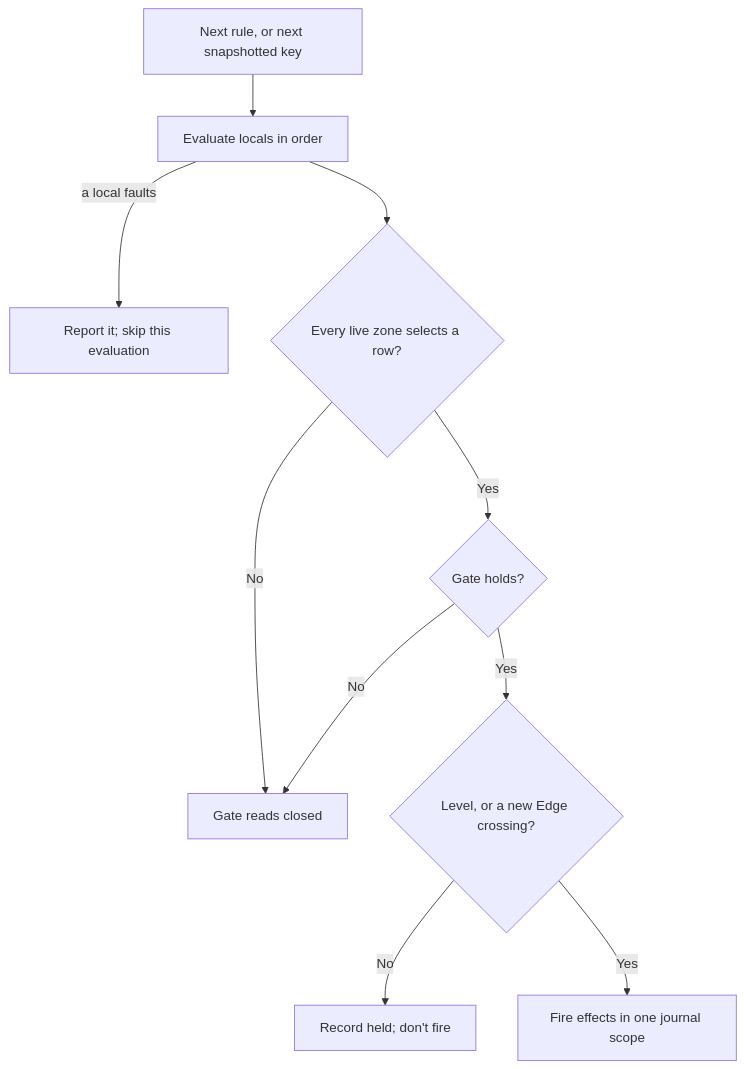
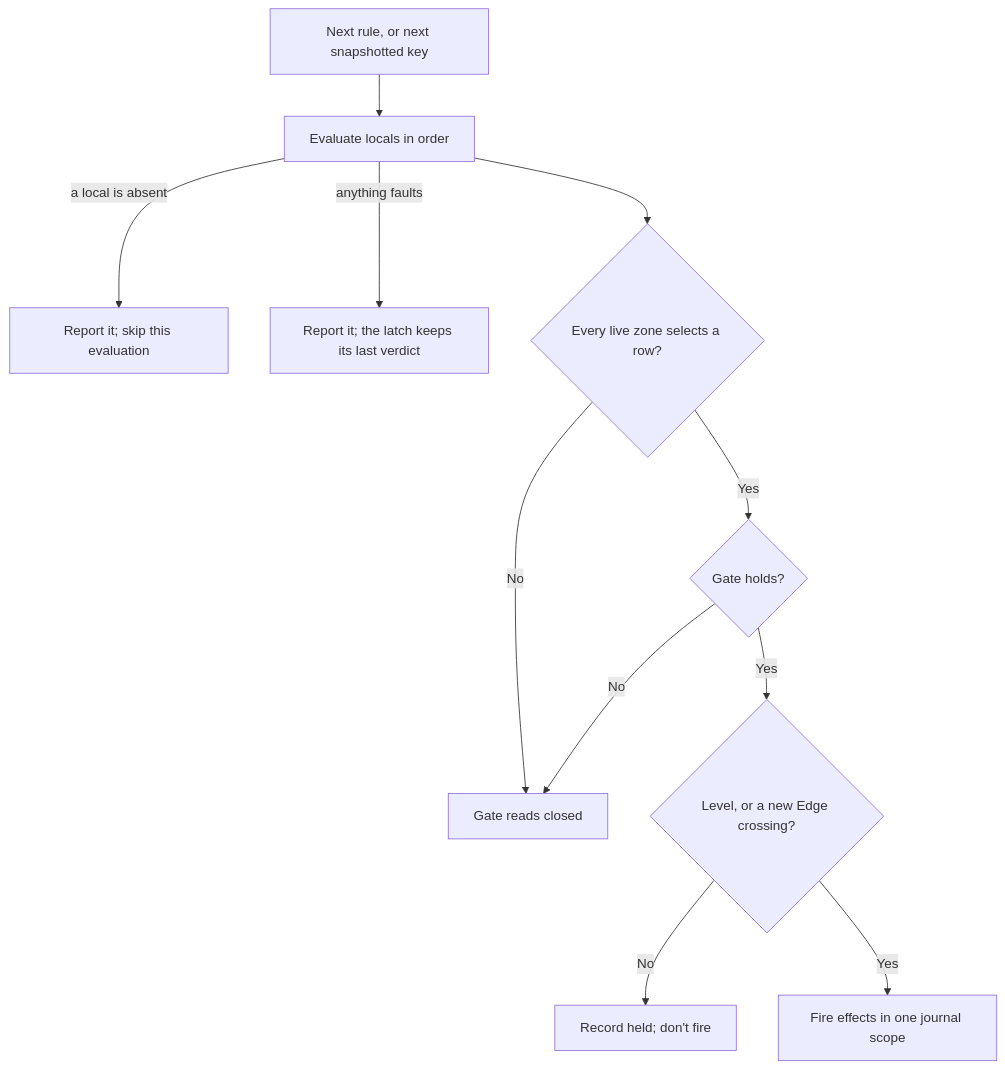
One commit to ByteTerrace/Puck changed the first of 2 diagrams in docs/reference/state/rules.md. Above: the diagram before and after it, drawn with Mermaid. The commit also changed other lines of this file and 29 other files, not shown here.

````diff
--- a/docs/reference/state/rules.md
+++ b/docs/reference/state/rules.md
@@ -232,12 +232,13 @@
 ```mermaid
 flowchart TD
     Start["Next rule, or next snapshotted key"] --> Locals["Evaluate locals in order"]
-    Locals -->|a local faults| Idle["Report it; skip this evaluation"]
+    Locals -->|a local is absent| Idle["Report it; skip this evaluation"]
+    Locals -->|anything faults| Hold["Report it; the latch keeps its last verdict"]
     Locals --> Zones{"Every live zone selects a row?"}
     Zones -- No --> Closed["Gate reads closed"]
     Zones -- Yes --> Gate{"Gate holds?"}
     Gate -- No --> Closed
     Gate -- Yes --> Mode{"Level, or a new Edge crossing?"}
     Mode -- No --> Held["Record held; don't fire"]
     Mode -- Yes --> Fire["Fire effects in one journal scope"]
 ```
````
